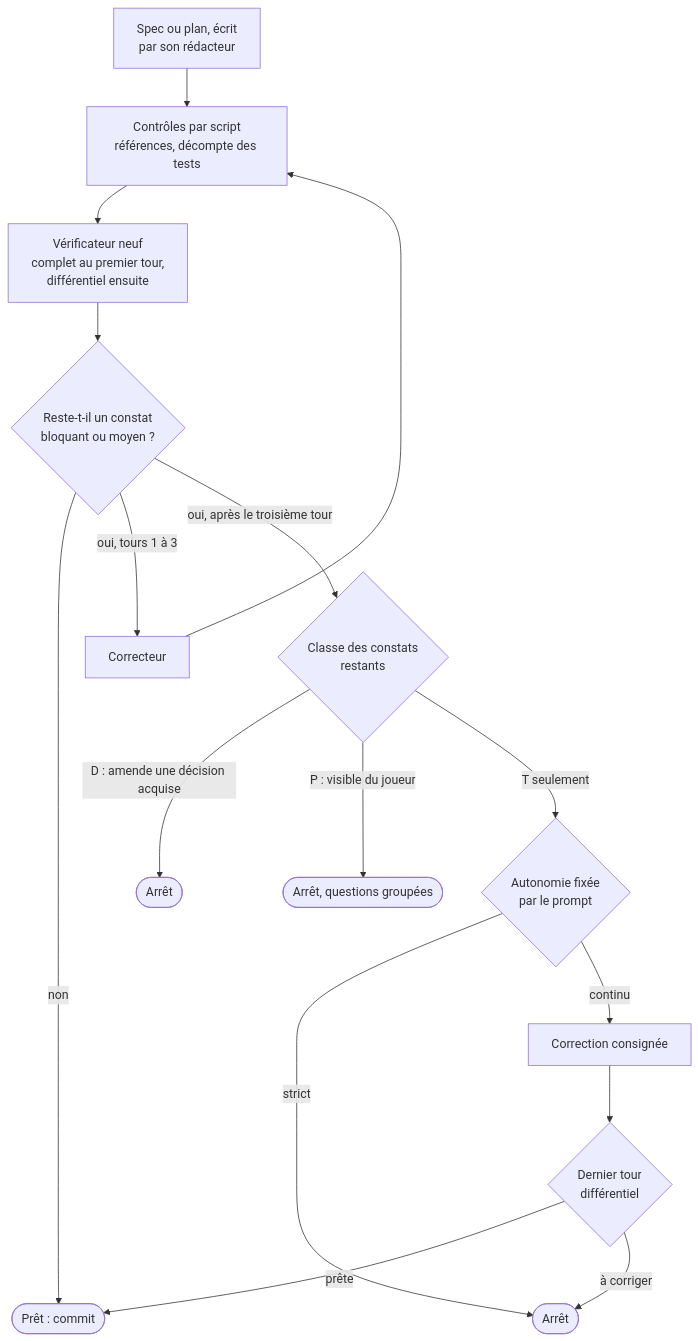
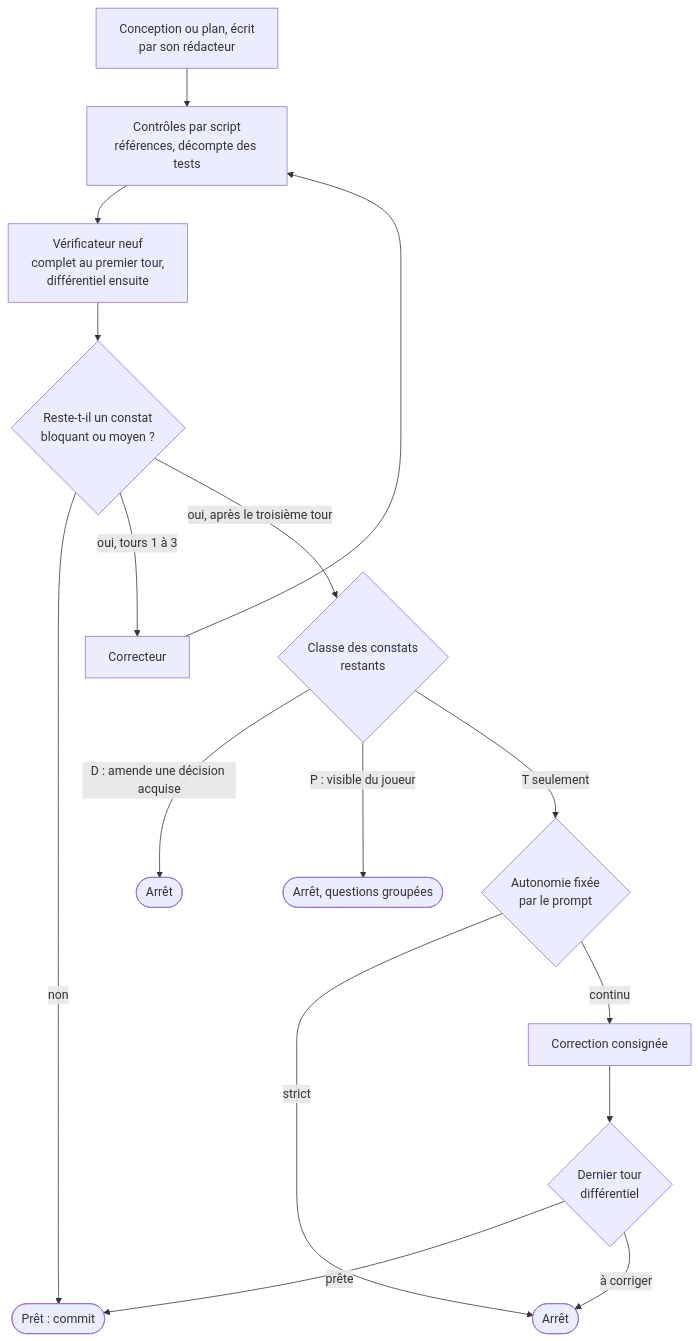
One commit to Hex-Umbra/hero-s-draft changed the third of 4 diagrams in docs/possible_upgrades/05-10-2026_modele_orchestration_par_vagues.md. Above: the diagram before and after it, drawn with Mermaid. The commit also changed other lines of this file and 2 other files, not shown here.

````diff
--- a/docs/possible_upgrades/05-10-2026_modele_orchestration_par_vagues.md
+++ b/docs/possible_upgrades/05-10-2026_modele_orchestration_par_vagues.md
@@ -93,18 +93,18 @@
 ```mermaid
 flowchart TD
-  D["Spec ou plan, écrit<br/>par son rédacteur"] --> C1["Contrôles par script<br/>références, décompte des tests"]
+  D["Conception ou plan, écrit<br/>par son rédacteur"] --> C1["Contrôles par script<br/>références, décompte des tests"]
   C1 --> V["Vérificateur neuf<br/>complet au premier tour,<br/>différentiel ensuite"]
   V --> G{"Reste-t-il un constat<br/>bloquant ou moyen ?"}
   G -- "non" --> OK(["Prêt : commit"])
   G -- "oui, tours 1 à 3" --> CO["Correcteur"]
   CO --> C1
   G -- "oui, après le troisième tour" --> K{"Classe des constats<br/>restants"}
   K -- "D : amende une décision acquise" --> A1(["Arrêt"])
   K -- "P : visible du joueur" --> A2(["Arrêt, questions groupées"])
   K -- "T seulement" --> AU{"Autonomie fixée<br/>par le prompt"}
   AU -- "strict" --> A3(["Arrêt"])
   AU -- "continu" --> CT["Correction consignée"]
   CT --> DV{"Dernier tour<br/>différentiel"}
   DV -- "prête" --> OK
   DV -- "à corriger" --> A3
 ```
````
